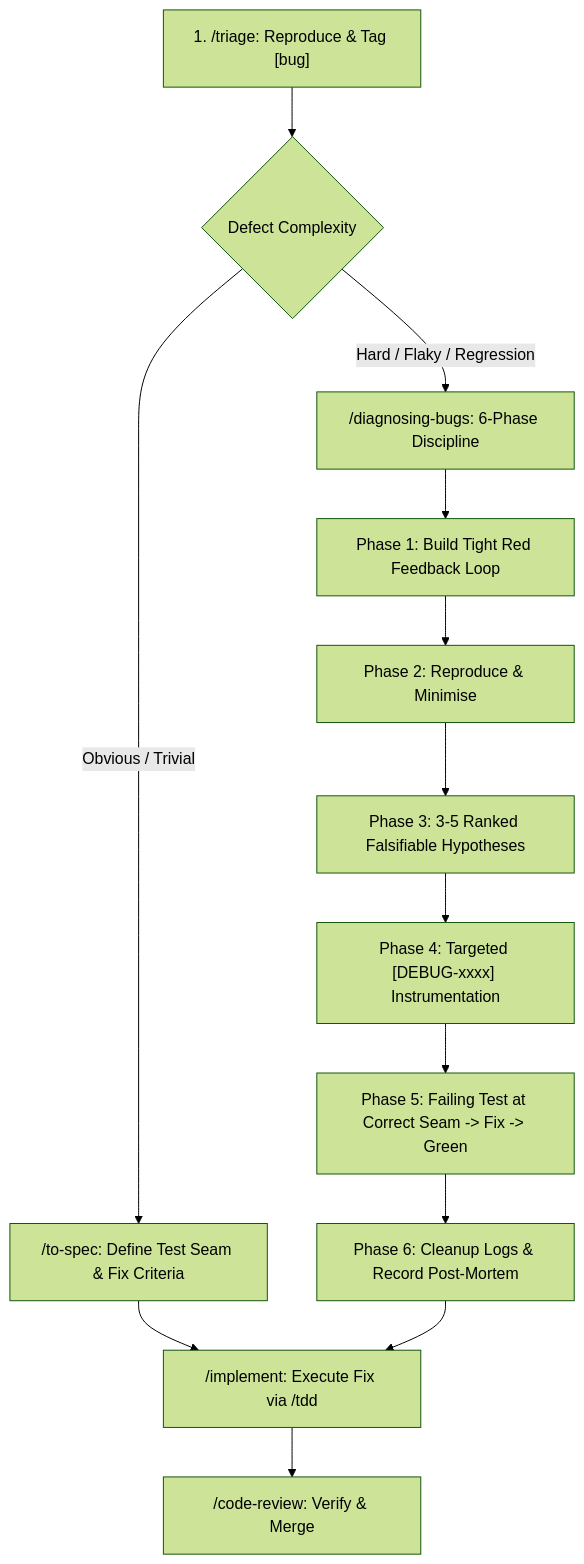
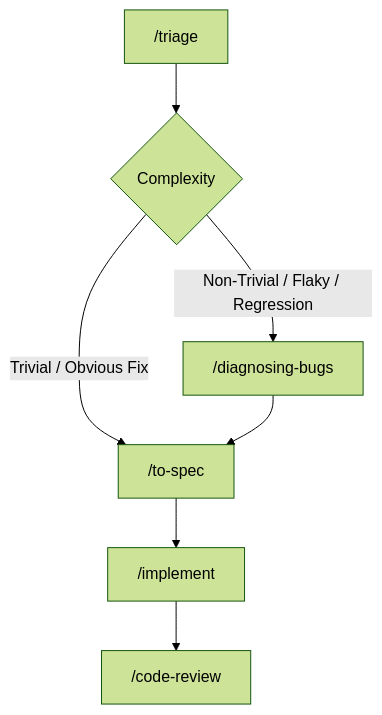
Before and after one commit to jackmaders/watchpoint: the fifth of 7 diagrams in docs/agents/workflows.md, drawn with Mermaid (forest theme). The commit also changed other lines of this file, not shown here.

````diff
--- a/docs/agents/workflows.md
+++ b/docs/agents/workflows.md
@@ -126,14 +84,9 @@
 ```mermaid
 graph TD
-    A["1. /triage: Reproduce & Tag [bug]"] --> B{Defect Complexity}
-    B -->|Obvious / Trivial| C["/to-spec: Define Test Seam & Fix Criteria"]
-    B -->|Hard / Flaky / Regression| D["/diagnosing-bugs: 6-Phase Discipline"]
-    D --> D1["Phase 1: Build Tight Red Feedback Loop"]
-    D1 --> D2["Phase 2: Reproduce & Minimise"]
-    D2 --> D3["Phase 3: 3-5 Ranked Falsifiable Hypotheses"]
-    D3 --> D4["Phase 4: Targeted [DEBUG-xxxx] Instrumentation"]
-    D4 --> D5["Phase 5: Failing Test at Correct Seam -> Fix -> Green"]
-    D5 --> D6["Phase 6: Cleanup Logs & Record Post-Mortem"]
-    C & D6 --> E["/implement: Execute Fix via /tdd"]
-    E --> F["/code-review: Verify & Merge"]
+    A["/triage"] --> B{Complexity}
+    B -->|Non-Trivial / Flaky / Regression| C["/diagnosing-bugs"]
+    B -->|Trivial / Obvious Fix| D["/to-spec"]
+    C --> D
+    D --> E["/implement"]
+    E --> F["/code-review"]
 ```
````
